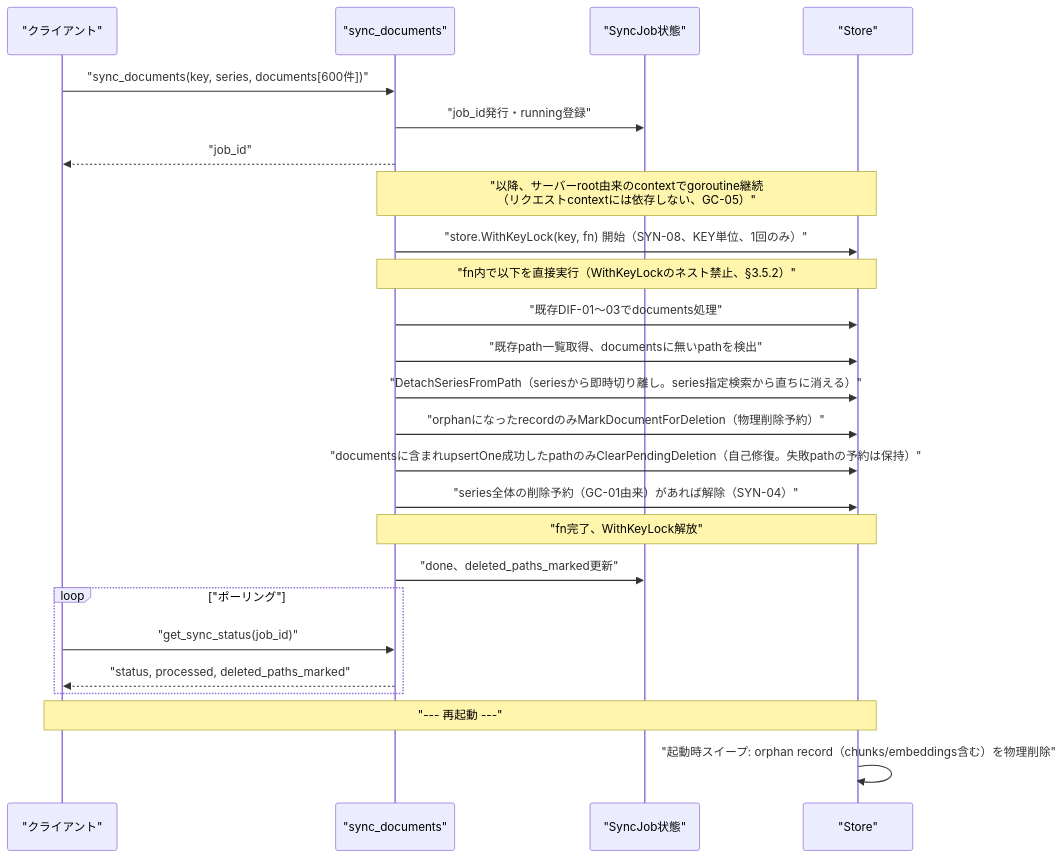
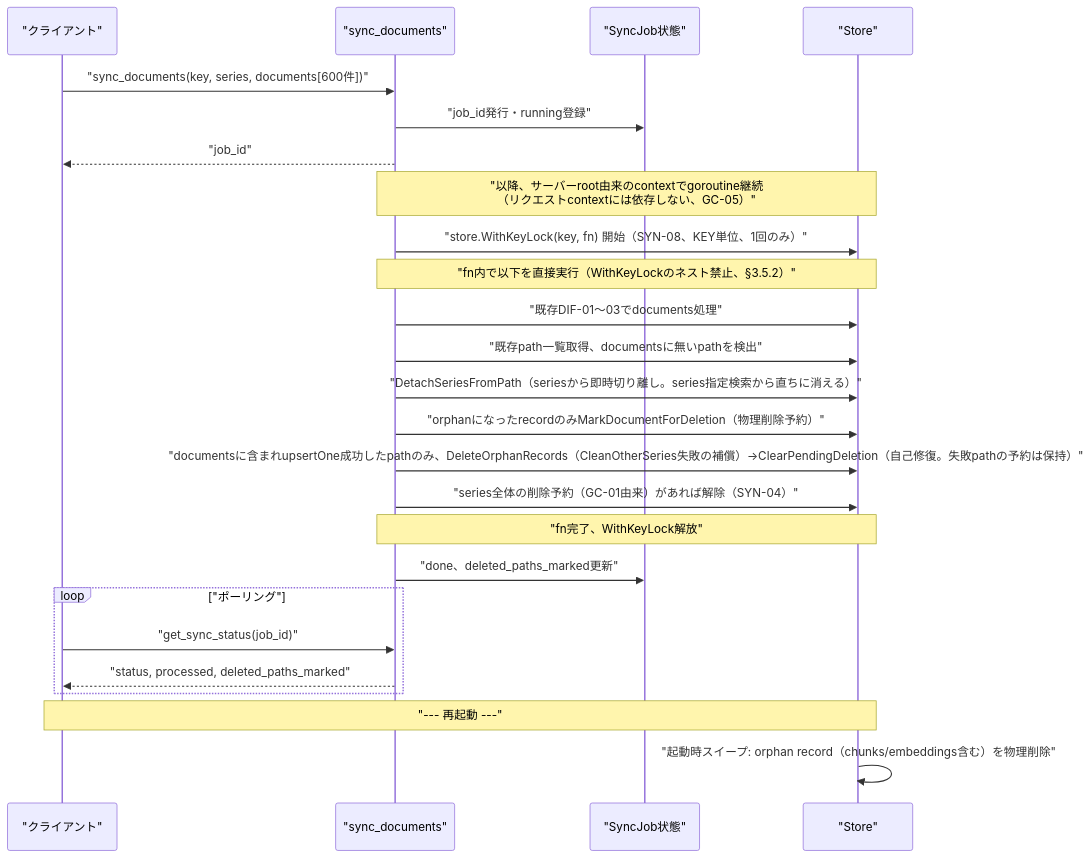
The second of 2 diagrams in docs/specs/sync-gc/design/DES-003_desired_state_sync_and_deferred_gc_design.md (BlueEventHorizon/doc-db-mcp-server), drawn with Mermaid before and after one commit. The commit also changed other lines of this file and 3 other files, not shown here.

Commit message:
docs: sync-gc レビュー対応（DeleteOrphanRecords による CleanOtherSeries 失敗補償・予約解除の2段階化）

````diff
--- a/docs/specs/sync-gc/design/DES-003_desired_state_sync_and_deferred_gc_design.md
+++ b/docs/specs/sync-gc/design/DES-003_desired_state_sync_and_deferred_gc_design.md
@@ -244,30 +250,30 @@
 ```mermaid
 sequenceDiagram
     participant C as "クライアント"
     participant S as "sync_documents"
     participant J as "SyncJob状態"
     participant D as "Store"
 
     C->>S: "sync_documents(key, series, documents[600件])"
     S->>J: "job_id発行・running登録"
     S-->>C: "job_id"
     Note over S,D: "以降、サーバーroot由来のcontextでgoroutine継続<br/>（リクエストcontextには依存しない、GC-05）"
     S->>D: "store.WithKeyLock(key, fn) 開始（SYN-08、KEY単位、1回のみ）"
     Note over S,D: "fn内で以下を直接実行（WithKeyLockのネスト禁止、§3.5.2）"
     S->>D: "既存DIF-01〜03でdocuments処理"
     S->>D: "既存path一覧取得、documentsに無いpathを検出"
     S->>D: "DetachSeriesFromPath（seriesから即時切り離し。series指定検索から直ちに消える）"
     S->>D: "orphanになったrecordのみMarkDocumentForDeletion（物理削除予約）"
-    S->>D: "documentsに含まれupsertOne成功したpathのみClearPendingDeletion（自己修復。失敗pathの予約は保持）"
+    S->>D: "documentsに含まれupsertOne成功したpathのみ、DeleteOrphanRecords（CleanOtherSeries失敗の補償）→ClearPendingDeletion（自己修復。失敗pathの予約は保持）"
     S->>D: "series全体の削除予約（GC-01由来）があれば解除（SYN-04）"
     Note over S,D: "fn完了、WithKeyLock解放"
     S->>J: "done、deleted_paths_marked更新"
 
     loop "ポーリング"
         C->>S: "get_sync_status(job_id)"
         S-->>C: "status, processed, deleted_paths_marked"
     end
 
     Note over C,D: "--- 再起動 ---"
     D->>D: "起動時スイープ: orphan record（chunks/embeddings含む）を物理削除"
 ```
````
